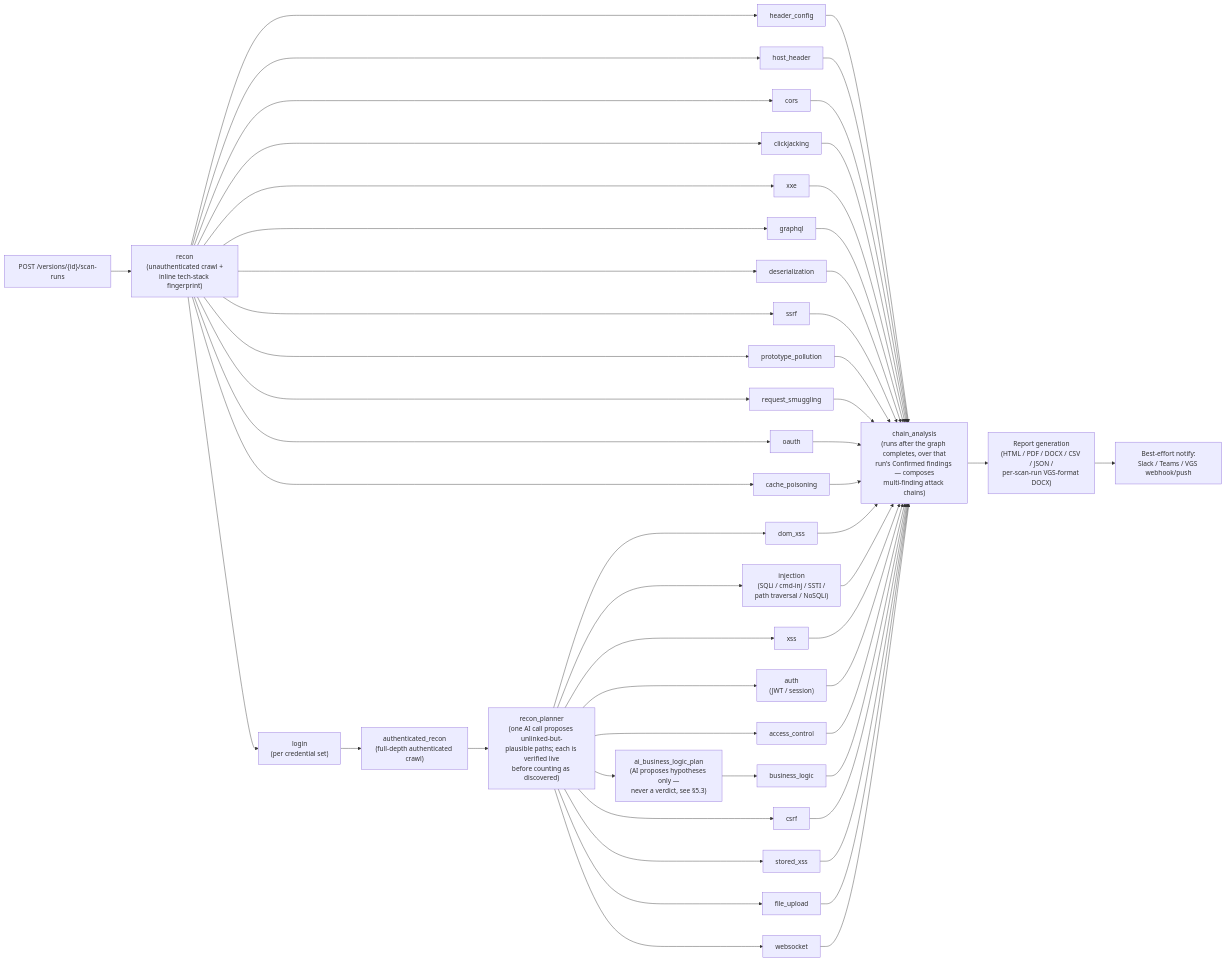
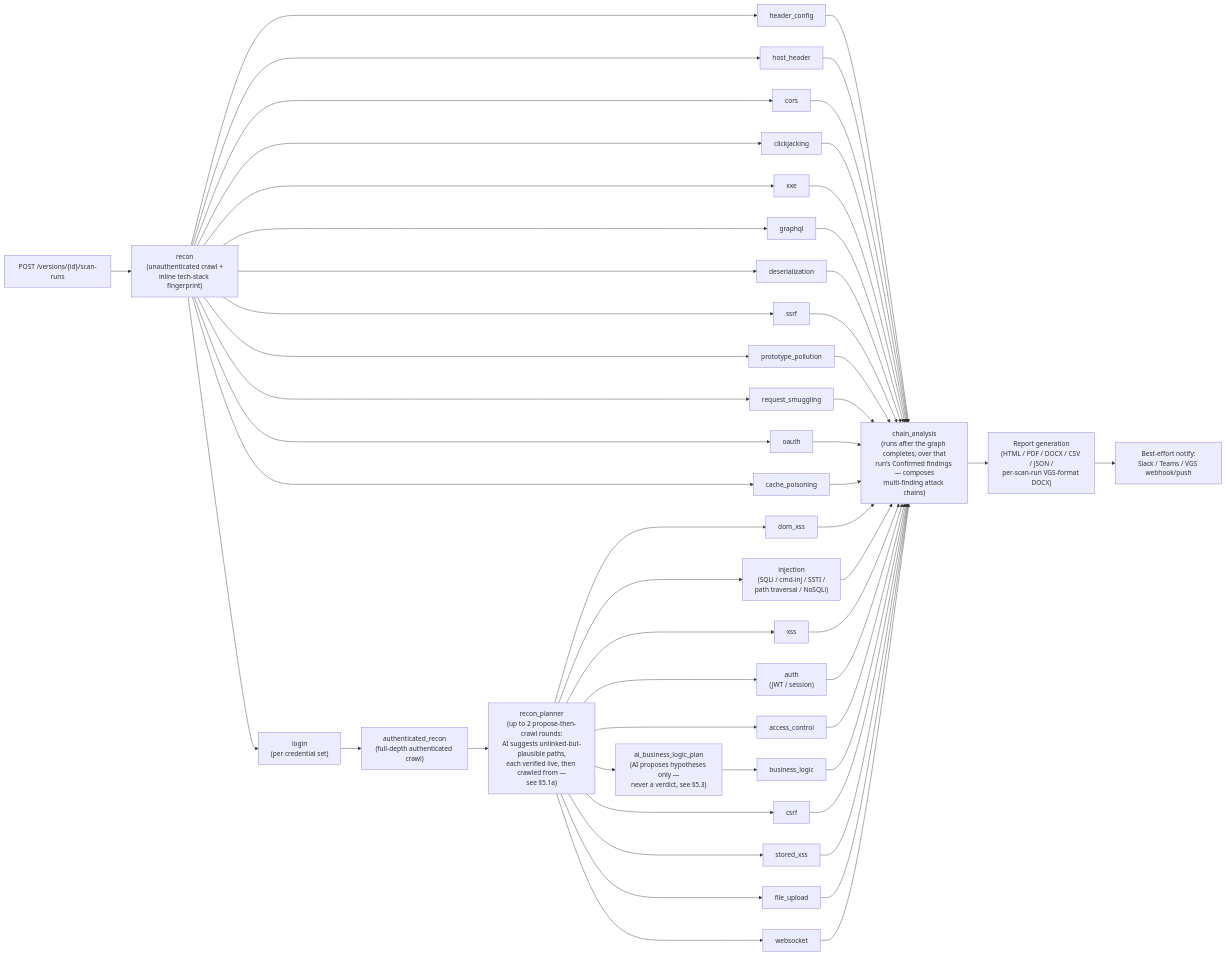
Before and after one commit to mudigondabhanu85/verdikt: the third of 6 diagrams in docs/architecture-overview/Verdikt_Architecture_Document.md, drawn with Mermaid. The commit also changed other lines of this file and 8 other files, not shown here.

````diff
--- a/docs/architecture-overview/Verdikt_Architecture_Document.md
+++ b/docs/architecture-overview/Verdikt_Architecture_Document.md
@@ -259,34 +259,34 @@
 ```mermaid
 flowchart LR
     A["POST /versions/{id}/scan-runs"] --> B["recon<br/>(unauthenticated crawl +<br/>inline tech-stack fingerprint)"]
     B --> U1["header_config"]
     B --> U2["host_header"]
     B --> U3["cors"]
     B --> U4["clickjacking"]
     B --> U5["xxe"]
     B --> U6["graphql"]
     B --> U7["deserialization"]
     B --> U8["ssrf"]
     B --> U9["prototype_pollution"]
     B --> U10["request_smuggling"]
     B --> U11["oauth"]
     B --> U12["cache_poisoning"]
     B --> L["login<br/>(per credential set)"]
     L --> E["authenticated_recon<br/>(full-depth authenticated crawl)"]
-    E --> P["recon_planner<br/>(one AI call proposes unlinked-but-<br/>plausible paths; each is verified live<br/>before counting as discovered)"]
+    E --> P["recon_planner<br/>(up to 2 propose-then-crawl rounds:<br/>AI suggests unlinked-but-plausible paths,<br/>each verified live, then crawled from —<br/>see §5.1a)"]
     P --> A1["dom_xss"]
     P --> A2["injection<br/>(SQLi / cmd-inj / SSTI /<br/>path traversal / NoSQLi)"]
     P --> A3["xss"]
     P --> A4["auth<br/>(JWT / session)"]
     P --> A5["access_control"]
     P --> BP["ai_business_logic_plan<br/>(AI proposes hypotheses only —<br/>never a verdict, see §5.3)"]
     BP --> A6["business_logic"]
     P --> A7["csrf"]
     P --> A8["stored_xss"]
     P --> A9["file_upload"]
     P --> A10["websocket"]
     U1 & U2 & U3 & U4 & U5 & U6 & U7 & U8 & U9 & U10 & U11 & U12 --> G
     A1 & A2 & A3 & A4 & A5 & A6 & A7 & A8 & A9 & A10 --> G["chain_analysis<br/>(runs after the graph completes, over that<br/>run's Confirmed findings — composes<br/>multi-finding attack chains)"]
     G --> H["Report generation<br/>(HTML / PDF / DOCX / CSV / JSON /<br/>per-scan-run VGS-format DOCX)"]
     H --> I["Best-effort notify:<br/>Slack / Teams / VGS webhook/push"]
 ```
````
